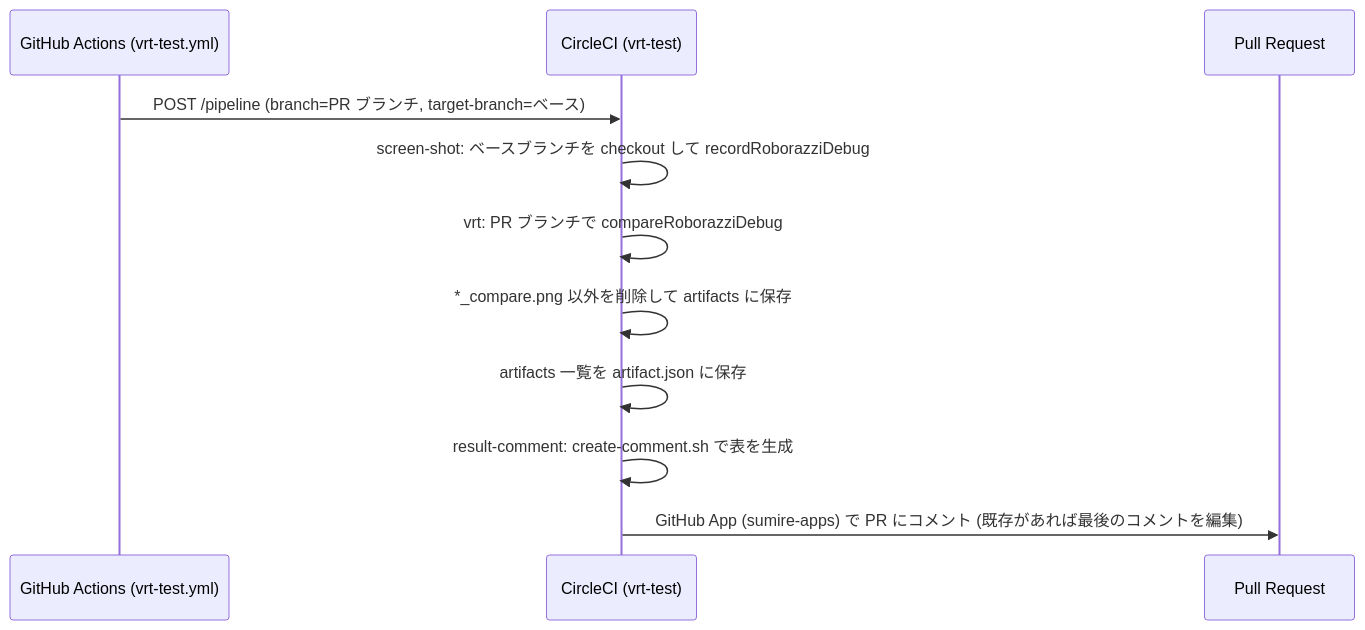
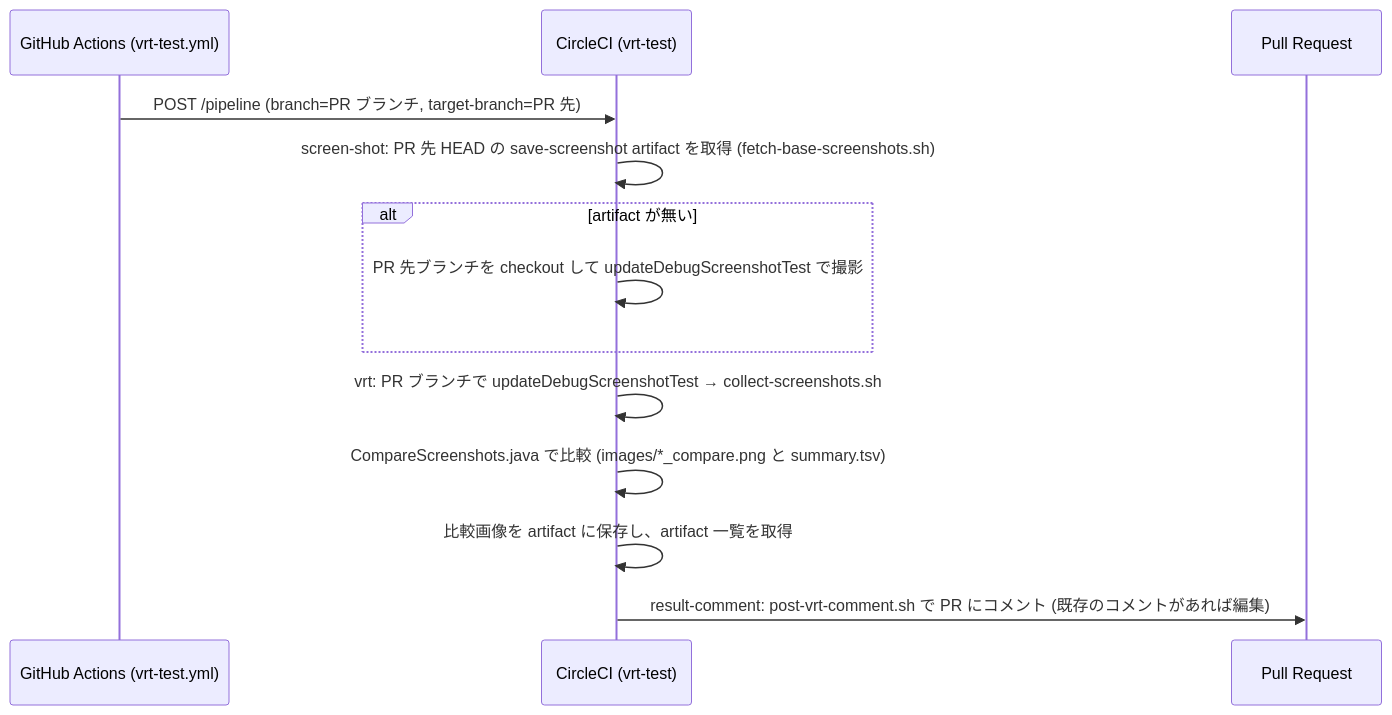
One commit to SnowDango/sumire changed the diagram in docs/build-and-ci.md. Above: the diagram before and after it, drawn with Mermaid. The commit also changed other lines of this file and 6 other files, not shown here.

````diff
--- a/docs/build-and-ci.md
+++ b/docs/build-and-ci.md
@@ -118,14 +131,16 @@
 ```mermaid
 sequenceDiagram
     participant GH as GitHub Actions (vrt-test.yml)
     participant CI as CircleCI (vrt-test)
     participant PR as Pull Request
 
-    GH->>CI: POST /pipeline (branch=PR ブランチ, target-branch=ベース)
-    CI->>CI: screen-shot: ベースブランチを checkout して recordRoborazziDebug
-    CI->>CI: vrt: PR ブランチで compareRoborazziDebug
-    CI->>CI: *_compare.png 以外を削除して artifacts に保存
-    CI->>CI: artifacts 一覧を artifact.json に保存
-    CI->>CI: result-comment: create-comment.sh で表を生成
-    CI->>PR: GitHub App (sumire-apps) で PR にコメント (既存があれば最後のコメントを編集)
+    GH->>CI: POST /pipeline (branch=PR ブランチ, target-branch=PR 先)
+    CI->>CI: screen-shot: PR 先 HEAD の save-screenshot artifact を取得 (fetch-base-screenshots.sh)
+    alt artifact が無い
+        CI->>CI: PR 先ブランチを checkout して updateDebugScreenshotTest で撮影
+    end
+    CI->>CI: vrt: PR ブランチで updateDebugScreenshotTest → collect-screenshots.sh
+    CI->>CI: CompareScreenshots.java で比較 (images/*_compare.png と summary.tsv)
+    CI->>CI: 比較画像を artifact に保存し、artifact 一覧を取得
+    CI->>PR: result-comment: post-vrt-comment.sh で PR にコメント (既存のコメントがあれば編集)
 ```
````
